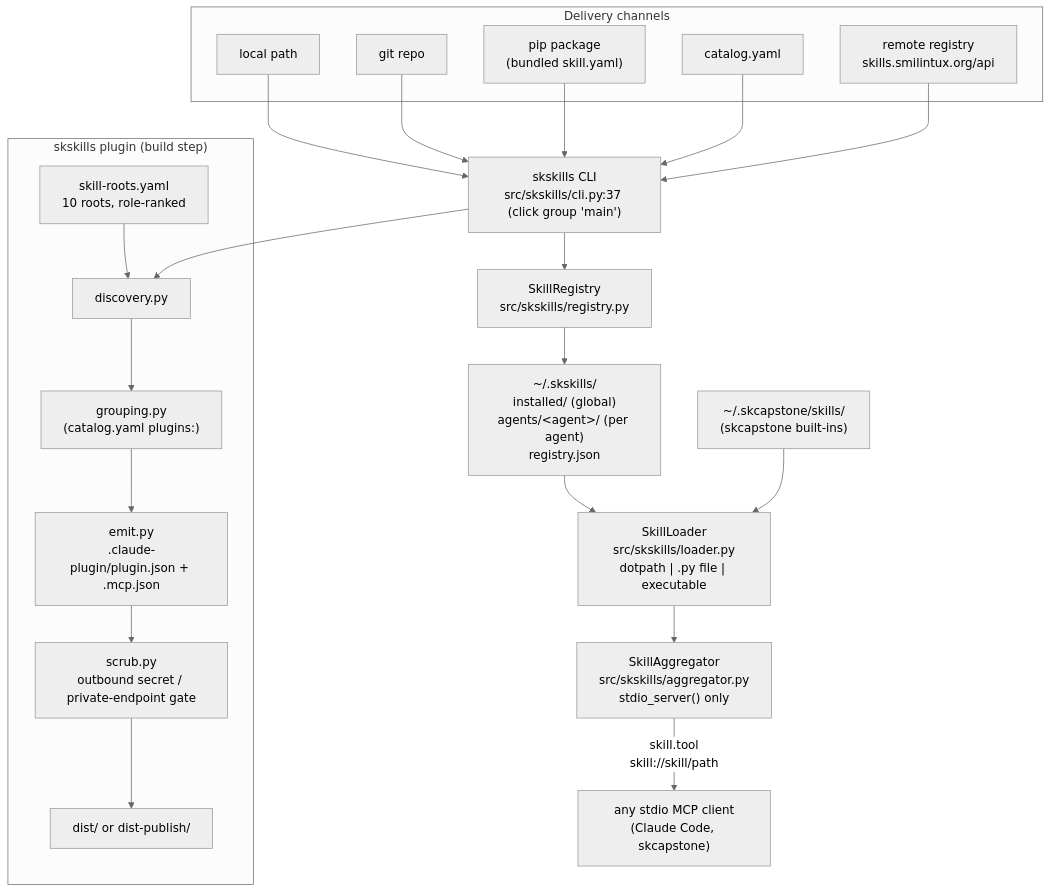
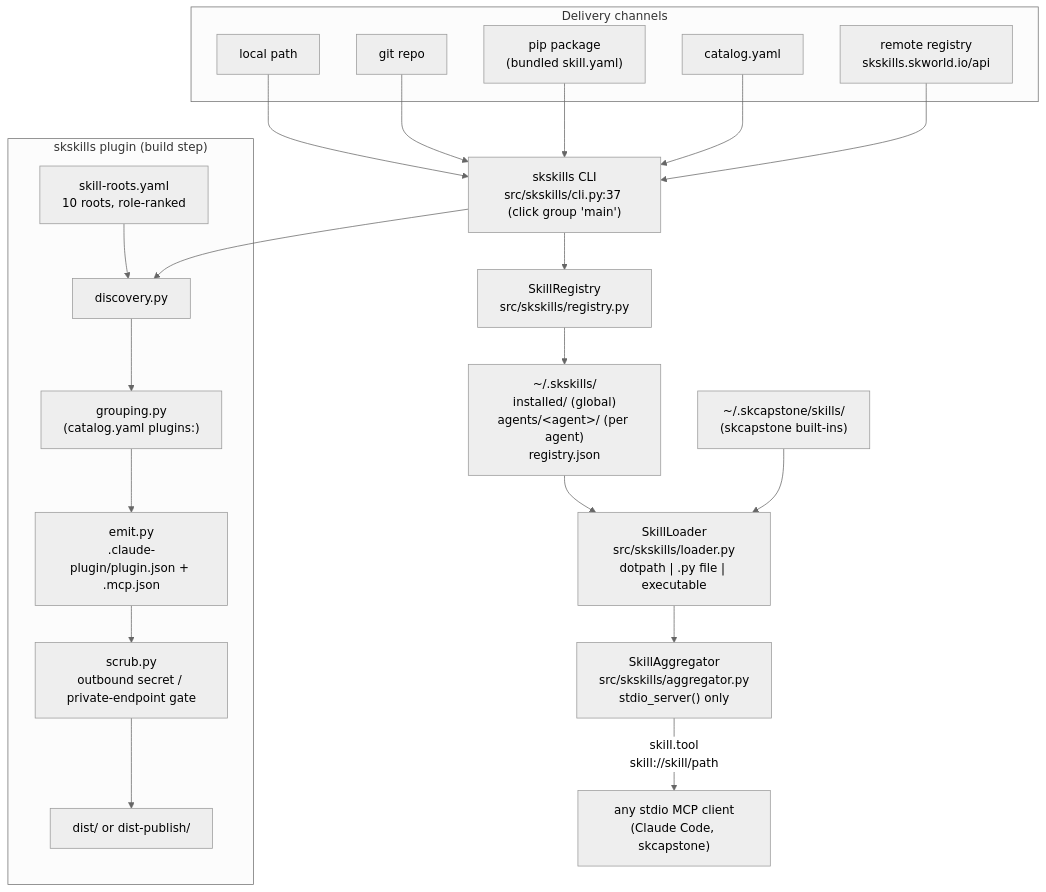
Before and after one commit to smilinTux/skskills: the diagram in SOP.md, drawn with Mermaid (neutral theme). The commit also changed other lines of this file and 7 other files, not shown here.

````diff
--- a/SOP.md
+++ b/SOP.md
@@ -92,37 +92,37 @@
 ```mermaid
 flowchart TD
     subgraph CHANNELS["Delivery channels"]
         LOCAL["local path"]
         GIT["git repo"]
         PIP["pip package<br/>(bundled skill.yaml)"]
         CAT["catalog.yaml"]
-        REM["remote registry<br/>skills.smilintux.org/api"]
+        REM["remote registry<br/>skskills.skworld.io/api"]
     end
 
     CLI["skskills CLI<br/>src/skskills/cli.py:37 (click group 'main')"]
 
     LOCAL --> CLI
     GIT --> CLI
     PIP --> CLI
     CAT --> CLI
     REM --> CLI
 
     CLI --> REG["SkillRegistry<br/>src/skskills/registry.py"]
     REG --> HOME["~/.skskills/<br/>installed/ (global)<br/>agents/&lt;agent&gt;/ (per agent)<br/>registry.json"]
 
     HOME --> LOAD["SkillLoader<br/>src/skskills/loader.py<br/>dotpath | .py file | executable"]
     SKCAP["~/.skcapstone/skills/<br/>(skcapstone built-ins)"] --> LOAD
 
     LOAD --> AGG["SkillAggregator<br/>src/skskills/aggregator.py<br/>stdio_server() only"]
     AGG -->|"skill.tool<br/>skill://skill/path"| MCP["any stdio MCP client<br/>(Claude Code, skcapstone)"]
 
     subgraph COMPILER["skskills plugin (build step)"]
         ROOTS["skill-roots.yaml<br/>10 roots, role-ranked"] --> DISC["discovery.py"]
         DISC --> GRP["grouping.py<br/>(catalog.yaml plugins:)"]
         GRP --> EMIT["emit.py<br/>.claude-plugin/plugin.json + .mcp.json"]
         EMIT --> SCRUB["scrub.py<br/>outbound secret / private-endpoint gate"]
         SCRUB --> DIST["dist/ or dist-publish/"]
     end
 
     CLI --> DISC
 ```
````
